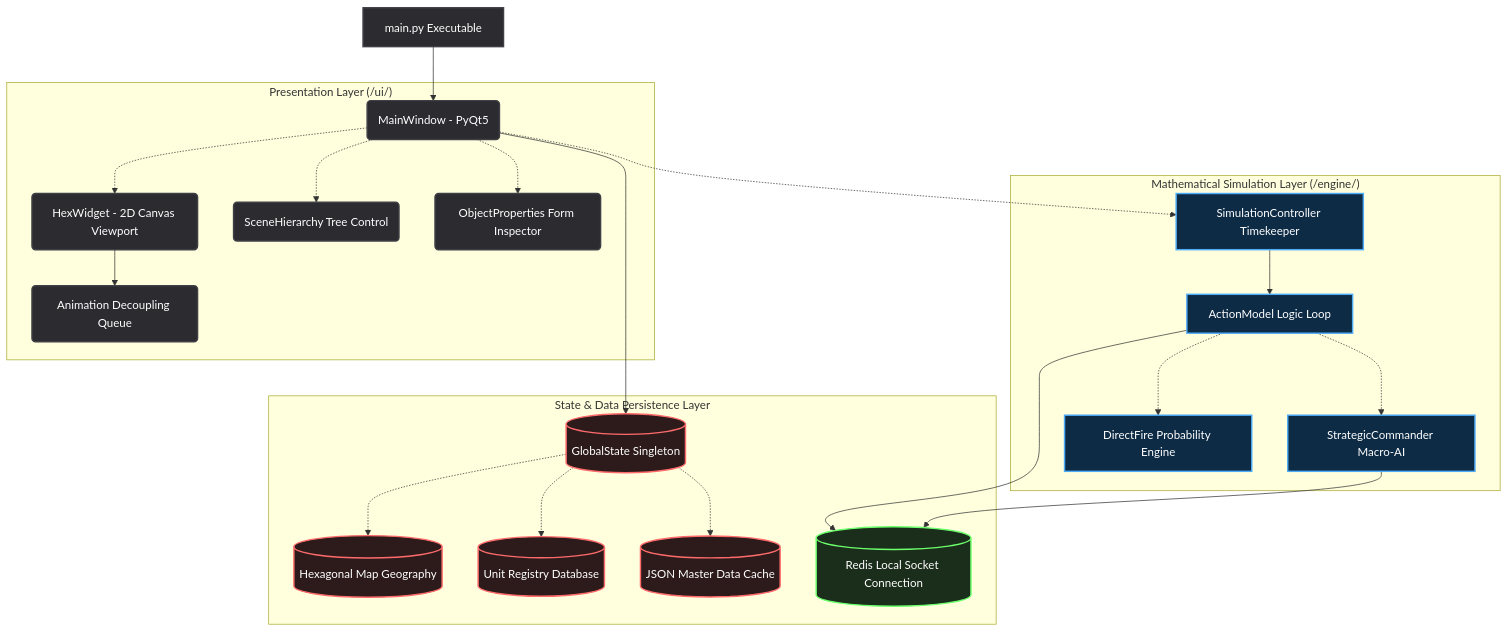
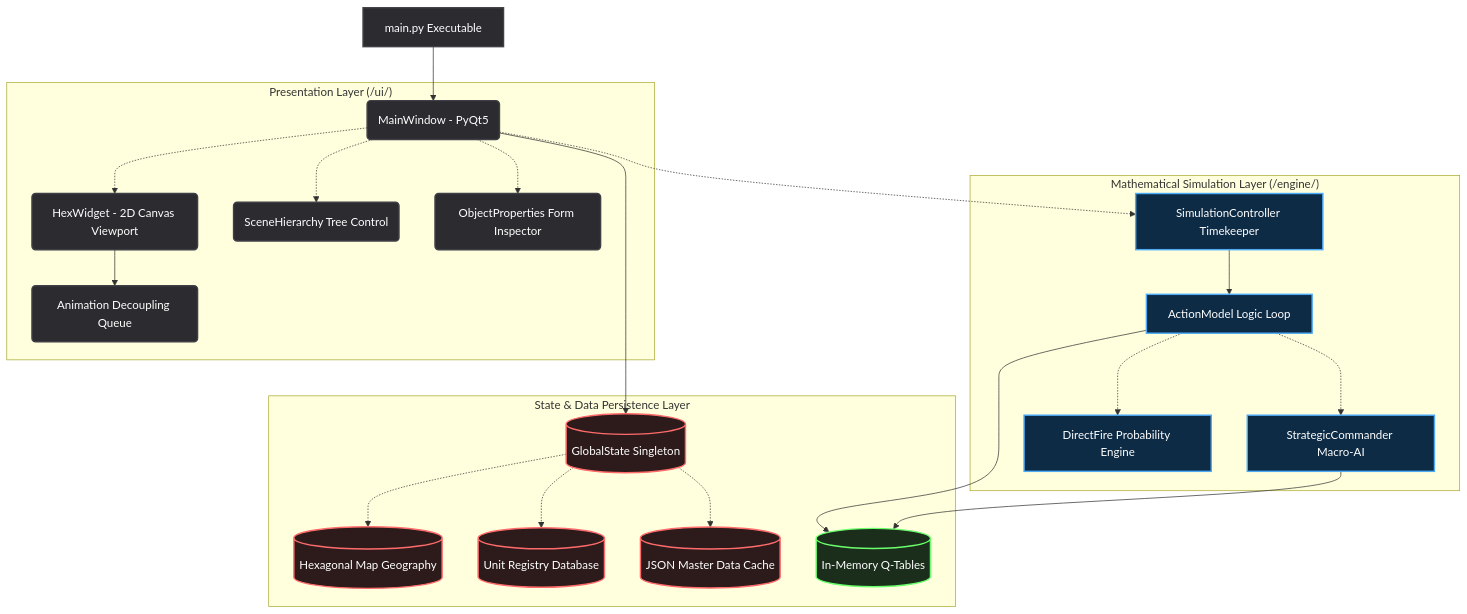
Before and after one commit to AnshumSrivastava/War: the first of 3 diagrams in docs/diagrams.md, drawn with Mermaid. The commit also changed other lines of this file and 60 other files, not shown here.

````diff
--- a/docs/diagrams.md
+++ b/docs/diagrams.md
@@ -8,33 +8,33 @@
 ```mermaid
 graph TD
     classDef ui fill:#2b2b30,stroke:#3f3f46,stroke-width:2px,color:#fff;
     classDef logic fill:#0d2b45,stroke:#4dabf7,stroke-width:2px,color:#fff;
     classDef state fill:#2d1b1b,stroke:#ff6b6b,stroke-width:2px,color:#fff;
     classDef ext fill:#1b2d1b,stroke:#6bff6b,stroke-width:2px,color:#fff;
 
     Main[main.py Executable]:::ui --> MainWindow(MainWindow - PyQt5):::ui
     MainWindow --> GlobalState[(GlobalState Singleton)]:::state
     
     subgraph "Presentation Layer (/ui/)"
         MainWindow -.-> HexWidget(HexWidget - 2D Canvas Viewport):::ui
         MainWindow -.-> SceneHier(SceneHierarchy Tree Control):::ui
         MainWindow -.-> ObjProps(ObjectProperties Form Inspector):::ui
         HexWidget --> Visualizer(Animation Decoupling Queue):::ui
     end
     
     subgraph "Mathematical Simulation Layer (/engine/)"
         MainWindow -.-> SimCtrl[SimulationController Timekeeper]:::logic
         SimCtrl --> ActModel[ActionModel Logic Loop]:::logic
         ActModel -.-> Commander[StrategicCommander Macro-AI]:::logic
         ActModel -.-> Combat[DirectFire Probability Engine]:::logic
     end
     
     subgraph "State & Data Persistence Layer"
         GlobalState -.-> Map[(Hexagonal Map Geography)]:::state
         GlobalState -.-> EntityManager[(Unit Registry Database)]:::state
         GlobalState -.-> DataCtrl[(JSON Master Data Cache)]:::state
         
-        ActModel --> Redis[(Redis Local Socket Connection)]:::ext
-        Commander --> Redis
+        ActModel --> QTable[(In-Memory Q-Tables)]:::ext
+        Commander --> QTable
     end
 ```
````
